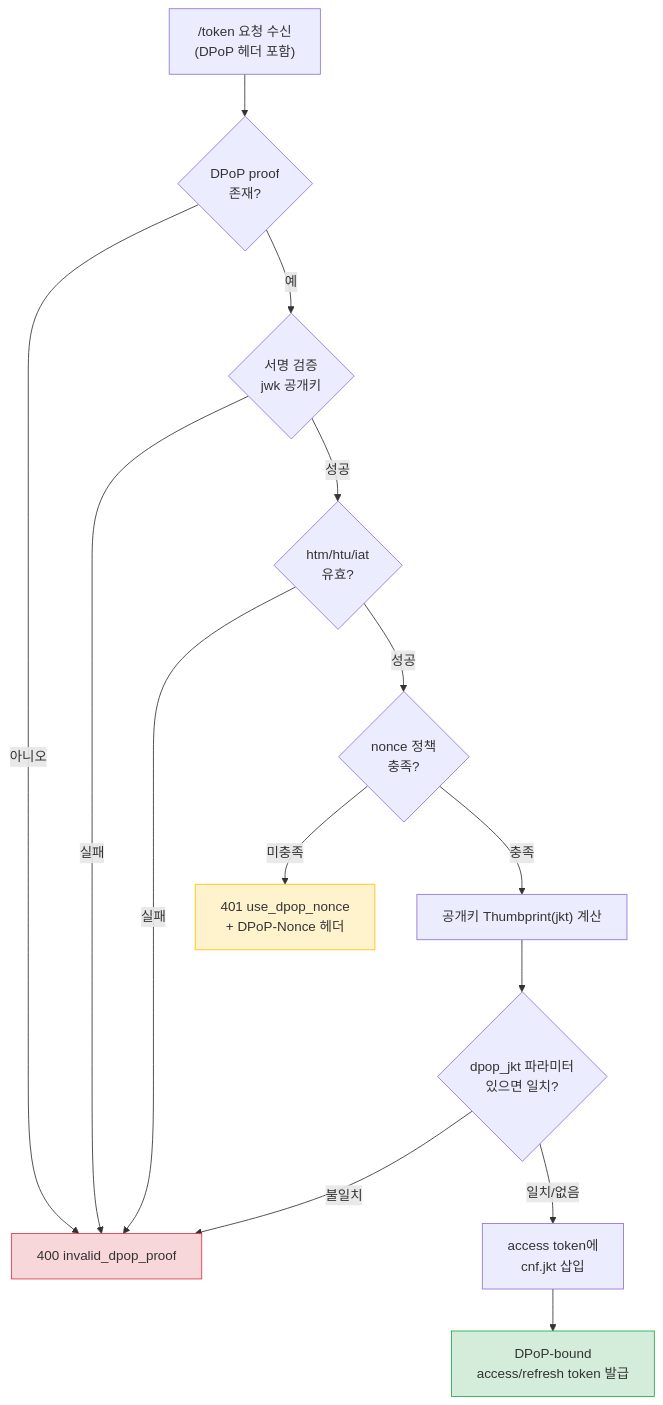
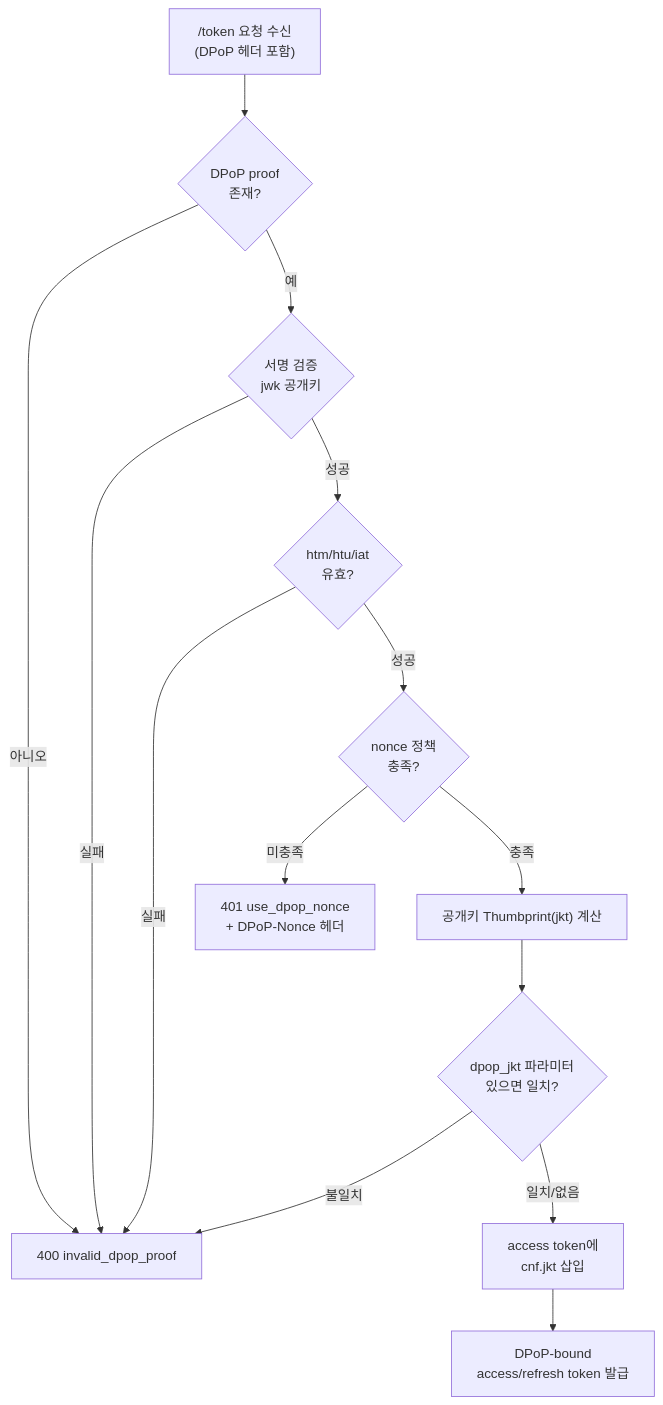
One commit to gmoon92/toy changed the fourth of 6 diagrams in spring-security/docs/auth-architecture/dpop-pop-architecture.md. Above: the diagram before and after it, drawn with Mermaid. The commit also changed other lines of this file and 2 other files, not shown here.

````diff
--- a/spring-security/docs/auth-architecture/dpop-pop-architecture.md
+++ b/spring-security/docs/auth-architecture/dpop-pop-architecture.md
@@ -179,20 +176,16 @@
 ```mermaid
 flowchart TD
     A["/token 요청 수신<br/>(DPoP 헤더 포함)"] --> B{DPoP proof<br/>존재?}
     B -- 아니오 --> X["400 invalid_dpop_proof"]
     B -- 예 --> C{서명 검증<br/>jwk 공개키}
     C -- 실패 --> X
     C -- 성공 --> D{htm/htu/iat<br/>유효?}
     D -- 실패 --> X
     D -- 성공 --> E{nonce 정책<br/>충족?}
     E -- "미충족" --> N["401 use_dpop_nonce<br/>+ DPoP-Nonce 헤더"]
     E -- 충족 --> F["공개키 Thumbprint(jkt) 계산"]
     F --> G{dpop_jkt 파라미터<br/>있으면 일치?}
     G -- 불일치 --> X
     G -- "일치/없음" --> H["access token에<br/>cnf.jkt 삽입"]
     H --> I["DPoP-bound<br/>access/refresh token 발급"]
-
-    style I fill:#d4edda,stroke:#28a745
-    style X fill:#f8d7da,stroke:#dc3545
-    style N fill:#fff3cd,stroke:#ffc107
 ```
````
